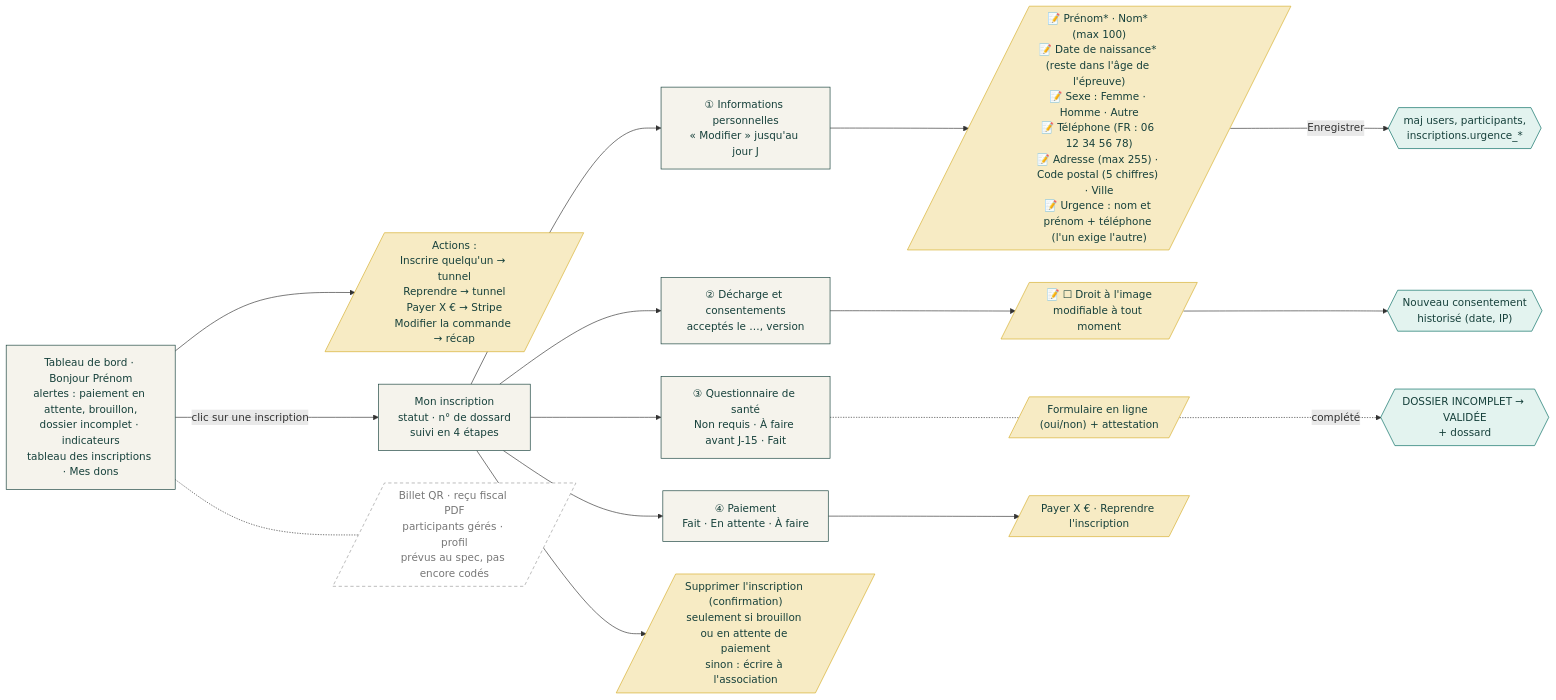
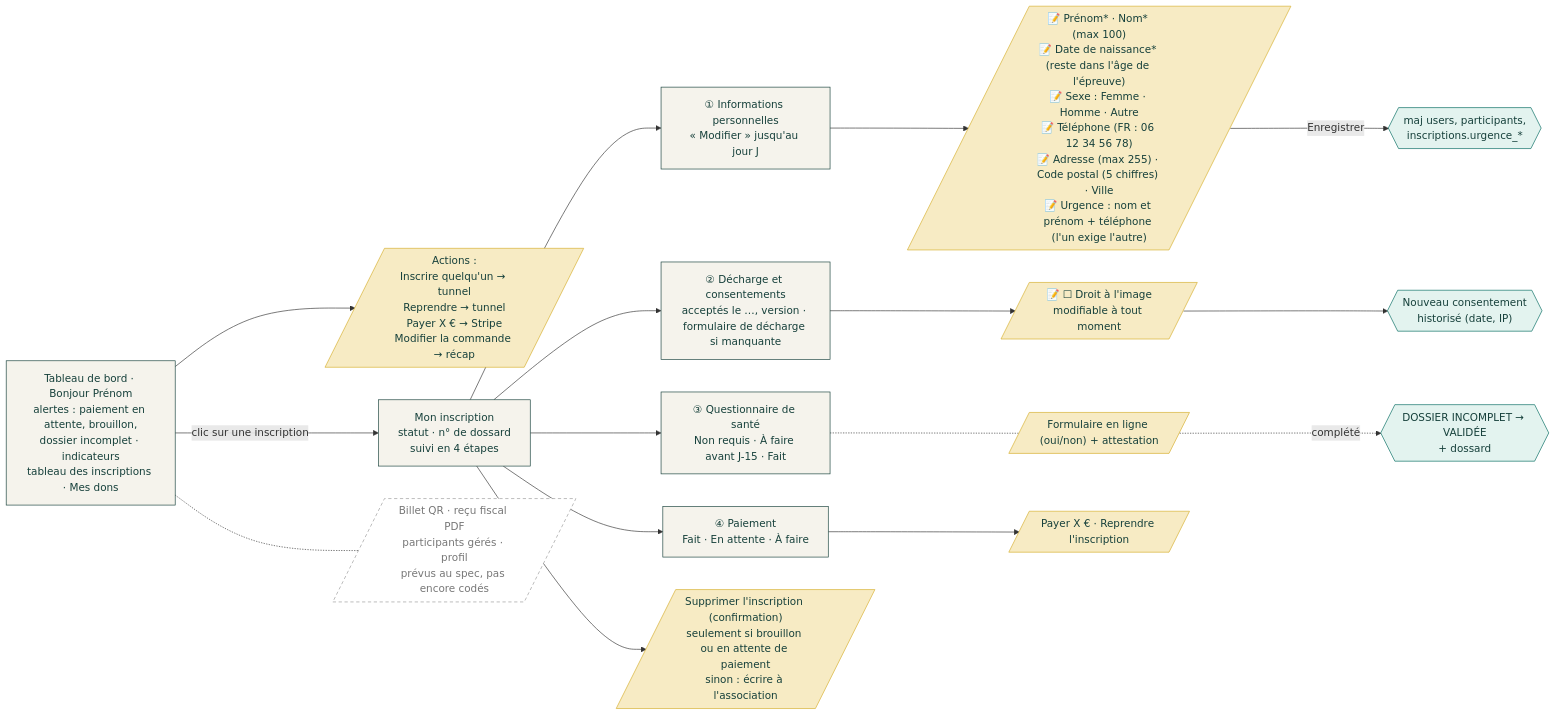
One commit to OanHamon/Run_For_Lorene changed the fourth of 5 diagrams in docs/parcours-utilisateur.md. Above: the diagram before and after it, drawn with Mermaid. The commit also changed other lines of this file and 14 other files, not shown here.

````diff
--- a/docs/parcours-utilisateur.md
+++ b/docs/parcours-utilisateur.md
@@ -195,29 +195,29 @@
 ```mermaid
 flowchart LR
     classDef ecran fill:#F5F3EC,stroke:#16403B,color:#16403B
     classDef saisie fill:#F7EBC4,stroke:#D6AD2B,color:#16403B
     classDef serveur fill:#E3F3EF,stroke:#00695F,color:#16403B
     classDef prevu fill:#FFFFFF,stroke:#999,stroke-dasharray:5 4,color:#777
 
     ESP["Tableau de bord · Bonjour Prénom<br/>alertes : paiement en attente, brouillon,<br/>dossier incomplet · indicateurs<br/>tableau des inscriptions · Mes dons"]:::ecran
     ESP --> A1[/"Actions :<br/>Inscrire quelqu'un → tunnel<br/>Reprendre → tunnel<br/>Payer X € → Stripe<br/>Modifier la commande → récap"/]:::saisie
     ESP -->|"clic sur une inscription"| F["Mon inscription<br/>statut · n° de dossard<br/>suivi en 4 étapes"]:::ecran
     ESP -.- PV[/"Billet QR · reçu fiscal PDF<br/>participants gérés · profil<br/>prévus au spec, pas encore codés"/]:::prevu
 
     F --> I["① Informations personnelles<br/>« Modifier » jusqu'au jour J"]:::ecran
     I --> I1[/"📝 Prénom* · Nom* (max 100)<br/>📝 Date de naissance* (reste dans l'âge de l'épreuve)<br/>📝 Sexe : Femme · Homme · Autre<br/>📝 Téléphone (FR : 06 12 34 56 78)<br/>📝 Adresse (max 255) · Code postal (5 chiffres) · Ville<br/>📝 Urgence : nom et prénom + téléphone (l'un exige l'autre)"/]:::saisie
     I1 -->|"Enregistrer"| IS{{"maj users, participants,<br/>inscriptions.urgence_*"}}:::serveur
 
-    F --> C["② Décharge et consentements<br/>acceptés le …, version"]:::ecran
+    F --> C["② Décharge et consentements<br/>acceptés le …, version · formulaire de décharge si manquante"]:::ecran
     C --> C1[/"📝 ☐ Droit à l'image<br/>modifiable à tout moment"/]:::saisie
     C1 --> CS{{"Nouveau consentement<br/>historisé (date, IP)"}}:::serveur
 
     F --> S["③ Questionnaire de santé<br/>Non requis · À faire avant J-15 · Fait"]:::ecran
     S -.- S1[/"Formulaire en ligne (oui/non) + attestation"/]:::saisie
     S1 -.->|"complété"| SV{{"DOSSIER INCOMPLET → VALIDÉE<br/>+ dossard"}}:::serveur
 
     F --> P["④ Paiement<br/>Fait · En attente · À faire"]:::ecran
     P --> P1[/"Payer X € · Reprendre l'inscription"/]:::saisie
 
     F --> D[/"Supprimer l'inscription (confirmation)<br/>seulement si brouillon ou en attente de paiement<br/>sinon : écrire à l'association"/]:::saisie
 ```
````
